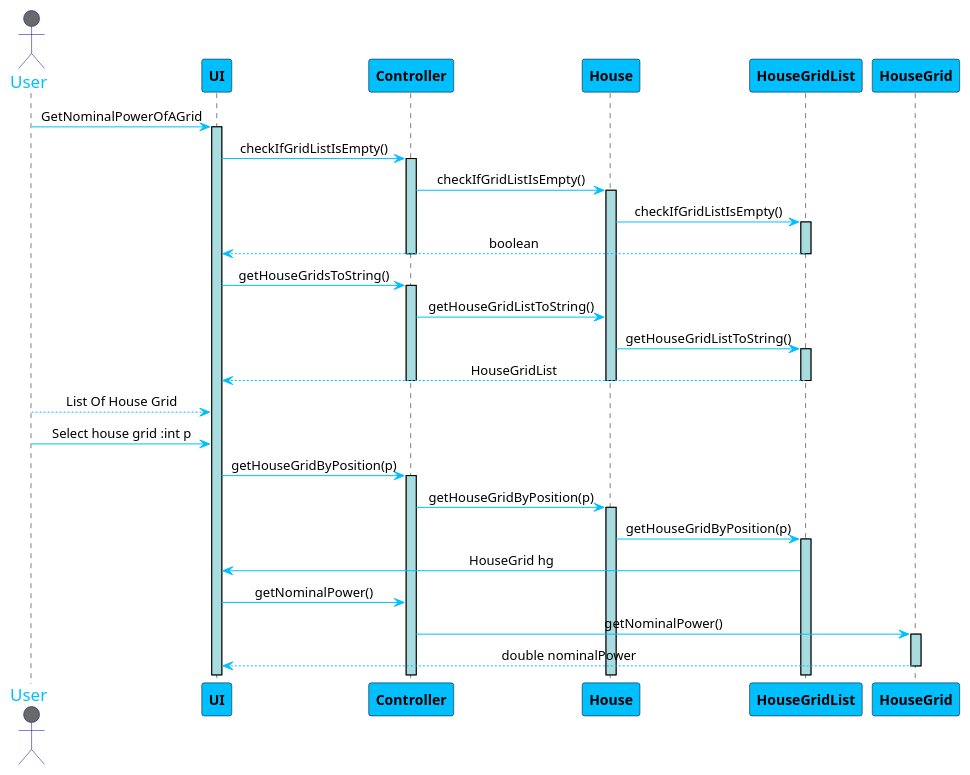
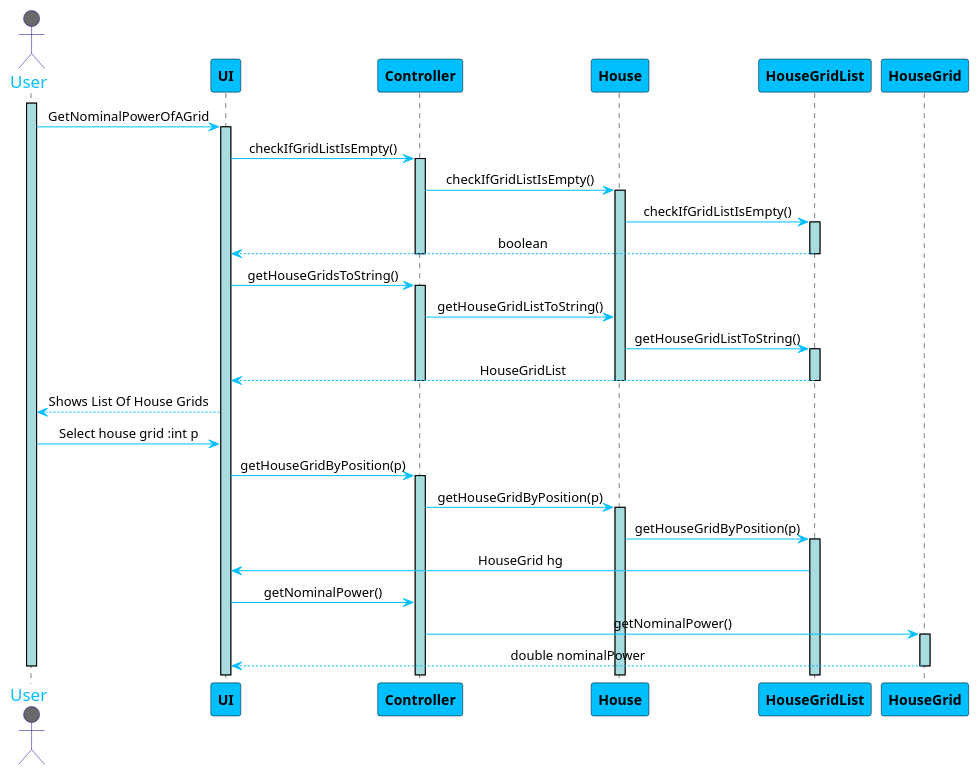
One commit to 1181687/hateoasToy changed the diagram in src/Docs/Sprint2/GetNominalPowerOfAGrid.puml. Above: the diagram before and after it, drawn with PlantUML. The commit also changed 2 other files, not shown here.

Commit message:
Adresses #89 Created method getEnergyConsumptionInAInterval in the HouseGrid class

```diff
--- a/src/Docs/Sprint2/GetNominalPowerOfAGrid.puml
+++ b/src/Docs/Sprint2/GetNominalPowerOfAGrid.puml
@@ -1,56 +1,57 @@
 @startuml
 skinparam sequenceMessageAlign center
 skinparam sequence {
 	ArrowColor DeepSkyBlue
 	ActorBorderColor DarkBlue
 	LifeLineBorderColor black
 	LifeLineBackgroundColor #A9DCDF
 
 	ParticipantBorderColor Black
 	ParticipantBackgroundColor DeepSkyBlue
 	ParticipantFontStyle Bold
 
 	ActorBackgroundColor DimGrey
 	ActorFontColor DeepSkyBlue
 	ActorFontSize 17
 	ActorFontName Aapex
 }
 
 actor User
+activate User
 User -> UI: GetNominalPowerOfAGrid
 activate UI
 UI -> Controller: checkIfGridListIsEmpty()
 activate Controller
 Controller -> House: checkIfGridListIsEmpty()
 activate House
 House -> HouseGridList: checkIfGridListIsEmpty()
 activate HouseGridList
 UI <-- HouseGridList: boolean
 deactivate HouseGridList
 deactivate Controller
 UI -> Controller: getHouseGridsToString()
 activate Controller
 Controller -> House:getHouseGridListToString()
 
 House -> HouseGridList:getHouseGridListToString()
 activate HouseGridList
 UI <-- HouseGridList: HouseGridList
 deactivate House
 deactivate HouseGridList
 deactivate Controller
-UI <-- User: List Of House Grid
+UI --> User: Shows List Of House Grids
 User -> UI: Select house grid :int p
 UI -> Controller: getHouseGridByPosition(p)
 activate Controller
 Controller -> House: getHouseGridByPosition(p)
 activate House
 House -> HouseGridList: getHouseGridByPosition(p)
 activate HouseGridList
 HouseGridList -> UI:HouseGrid hg
 UI -> Controller: getNominalPower()
 Controller -> HouseGrid:getNominalPower()
 activate HouseGrid
 UI <-- HouseGrid: double nominalPower
 deactivate HouseGrid
-
+deactivate User
 @enduml
```
